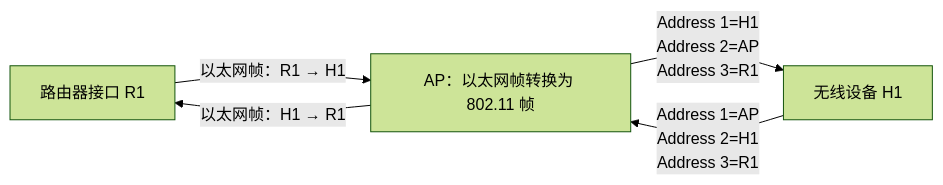
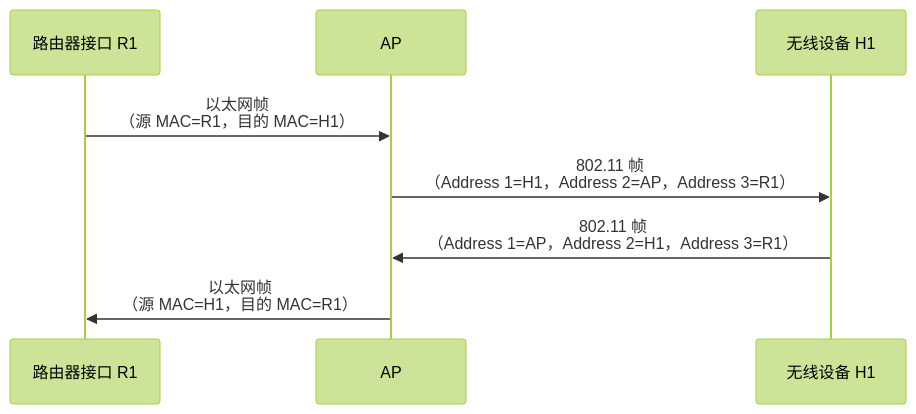
The eighth of 18 diagrams in src/content/posts/无线网络与移动网络.md (Meer-Matze/Meer-Matze.github.io), drawn with Mermaid (forest theme) before and after one commit. The commit also changed other lines of this file, not shown here.

````diff
--- a/src/content/posts/无线网络与移动网络.md
+++ b/src/content/posts/无线网络与移动网络.md
@@ -671,7 +665,10 @@
 ```mermaid
-flowchart LR
-    R["路由器接口 R1"] -->|"以太网帧：R1 → H1"| AP["AP：以太网帧转换为 802.11 帧"]
-    AP -->|"Address 1=H1<br>Address 2=AP<br>Address 3=R1"| H["无线设备 H1"]
-    H -->|"Address 1=AP<br>Address 2=H1<br>Address 3=R1"| AP
-    AP -->|"以太网帧：H1 → R1"| R
+sequenceDiagram
+    participant R as 路由器接口 R1
+    participant AP as AP
+    participant H as 无线设备 H1
+    R->>AP: 以太网帧<br>（源 MAC=R1，目的 MAC=H1）
+    AP->>H: 802.11 帧<br>（Address 1=H1，Address 2=AP，Address 3=R1）
+    H->>AP: 802.11 帧<br>（Address 1=AP，Address 2=H1，Address 3=R1）
+    AP->>R: 以太网帧<br>（源 MAC=H1，目的 MAC=R1）
 ```
````
